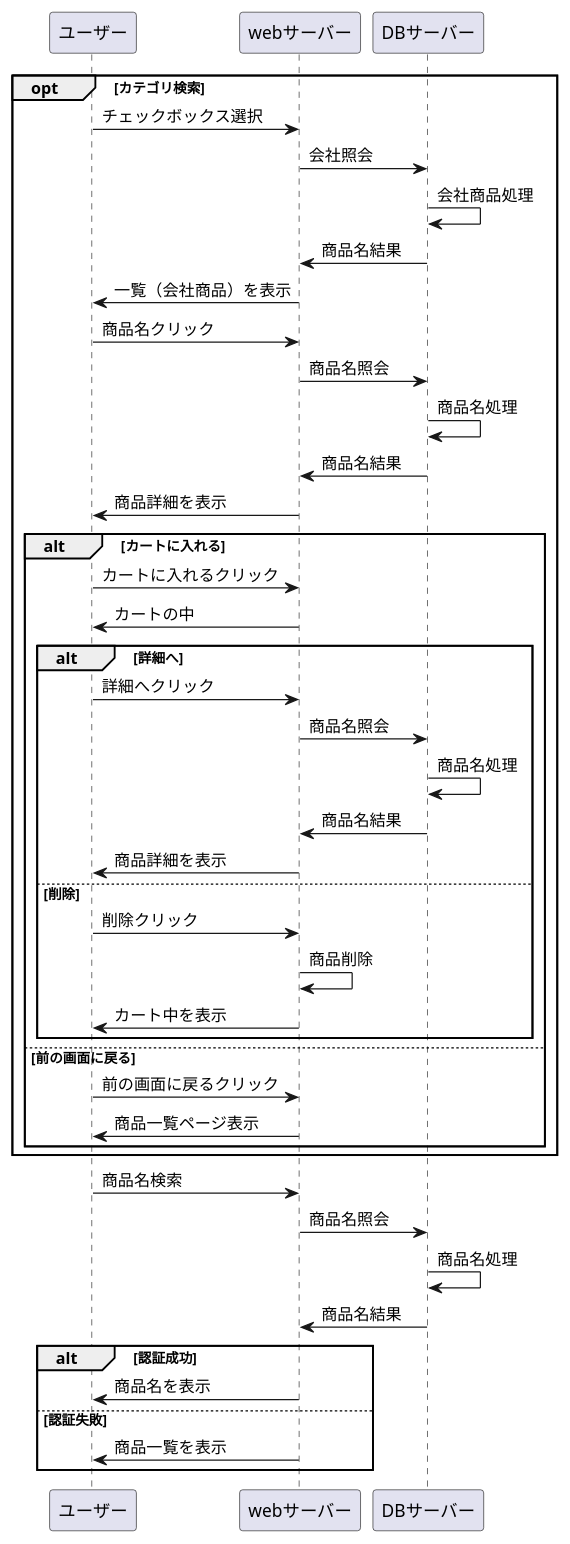
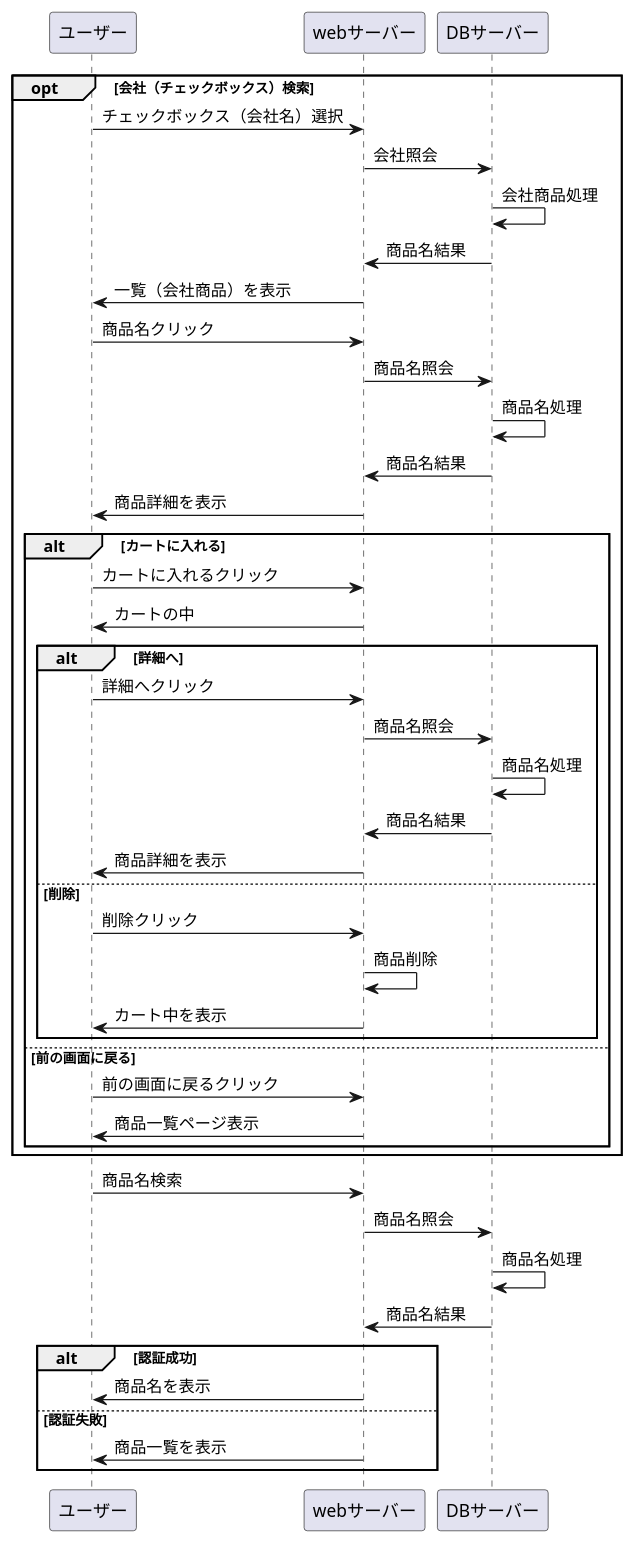
Before and after one commit to Aso2001403/2021sys-design: the diagram in myHP/第９回レポート（業務フロー）/購入.md, drawn with PlantUML.

````diff
--- a/myHP/第９回レポート（業務フロー）/購入.md
+++ b/myHP/第９回レポート（業務フロー）/購入.md
@@ -1,47 +1,47 @@
 ```uml
 @startuml
-opt カテゴリ検索
-ユーザー -> webサーバー :チェックボックス選択
+opt 会社（チェックボックス）検索
+ユーザー -> webサーバー :チェックボックス（会社名）選択
 webサーバー -> DBサーバー : 会社照会
 DBサーバー -> DBサーバー : 会社商品処理
 DBサーバー -> webサーバー : 商品名結果
 webサーバー -> ユーザー : 一覧（会社商品）を表示
 ユーザー -> webサーバー : 商品名クリック
 webサーバー -> DBサーバー : 商品名照会
 DBサーバー -> DBサーバー : 商品名処理
 DBサーバー -> webサーバー : 商品名結果
 webサーバー -> ユーザー : 商品詳細を表示
 
 alt カートに入れる
  ユーザー -> webサーバー :カートに入れるクリック
  webサーバー -> ユーザー:カートの中
  alt 詳細へ
 ユーザー -> webサーバー : 詳細へクリック
 webサーバー -> DBサーバー : 商品名照会
 DBサーバー -> DBサーバー : 商品名処理
 DBサーバー -> webサーバー : 商品名結果
 webサーバー -> ユーザー : 商品詳細を表示
  else 削除
 ユーザー -> webサーバー : 削除クリック
 webサーバー -> webサーバー : 商品削除
 webサーバー -> ユーザー : カート中を表示
  end
  else 前の画面に戻る
  ユーザー -> webサーバー :前の画面に戻るクリック
  webサーバー -> ユーザー:商品一覧ページ表示
  end
 end
 
 ユーザー -> webサーバー : 商品名検索
 webサーバー -> DBサーバー : 商品名照会
 DBサーバー -> DBサーバー : 商品名処理
 DBサーバー -> webサーバー : 商品名結果
 
 alt 認証成功
 webサーバー -> ユーザー : 商品名を表示
 else 認証失敗
 webサーバー -> ユーザー : 商品一覧を表示
 end
 
 @enduml
 ```
````
